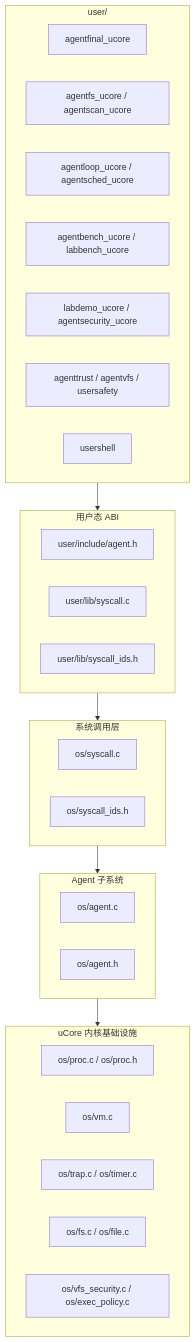
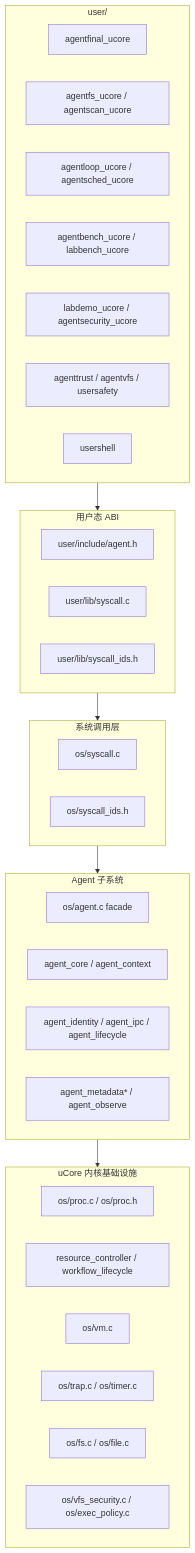
The second of 11 diagrams in docs/agentos/design.md (yushugulao/Agent-OS), drawn with Mermaid before and after one commit. The commit also changed other lines of this file and 75 other files, not shown here.

````diff
--- a/docs/agentos/design.md
+++ b/docs/agentos/design.md
@@ -118,33 +122,36 @@
 ```mermaid
 flowchart TB
     subgraph User["user/"]
         U1["agentfinal_ucore"]
         U2["agentfs_ucore / agentscan_ucore"]
         U3["agentloop_ucore / agentsched_ucore"]
         U4["agentbench_ucore / labbench_ucore"]
         U5["labdemo_ucore / agentsecurity_ucore"]
         U6["agenttrust / agentvfs / usersafety"]
         U7["usershell"]
     end
     subgraph ABI["用户态 ABI"]
         A1["user/include/agent.h"]
         A2["user/lib/syscall.c"]
         A3["user/lib/syscall_ids.h"]
     end
     subgraph Sys["系统调用层"]
         S1["os/syscall.c"]
         S2["os/syscall_ids.h"]
     end
     subgraph Agent["Agent 子系统"]
-        K1["os/agent.c"]
-        K2["os/agent.h"]
+        K0["os/agent.c facade"]
+        K1["agent_core / agent_context"]
+        K2["agent_identity / agent_ipc / agent_lifecycle"]
+        K3["agent_metadata* / agent_observe"]
     end
     subgraph Kernel["uCore 内核基础设施"]
         P1["os/proc.c / os/proc.h"]
+        R1["resource_controller / workflow_lifecycle"]
         V1["os/vm.c"]
         T1["os/trap.c / os/timer.c"]
         F1["os/fs.c / os/file.c"]
         V2["os/vfs_security.c / os/exec_policy.c"]
     end
     User --> ABI --> Sys --> Agent --> Kernel
 ```
````
